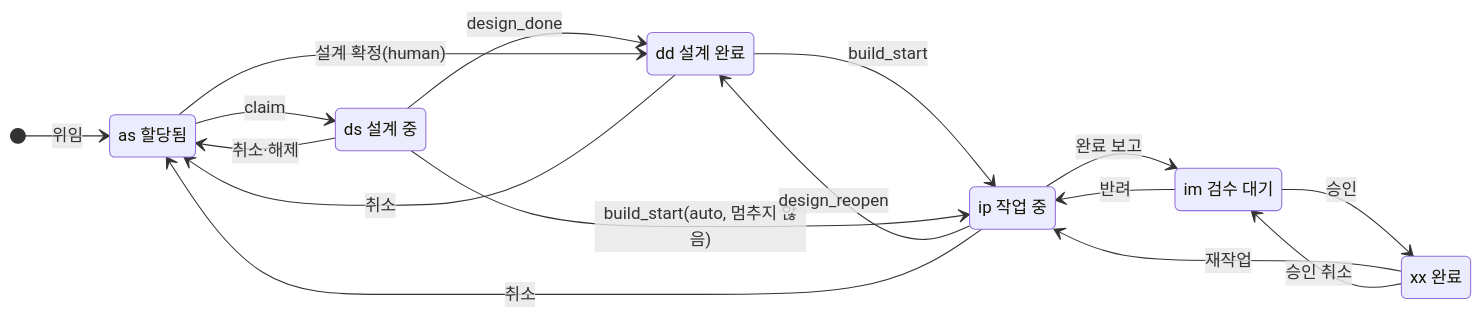
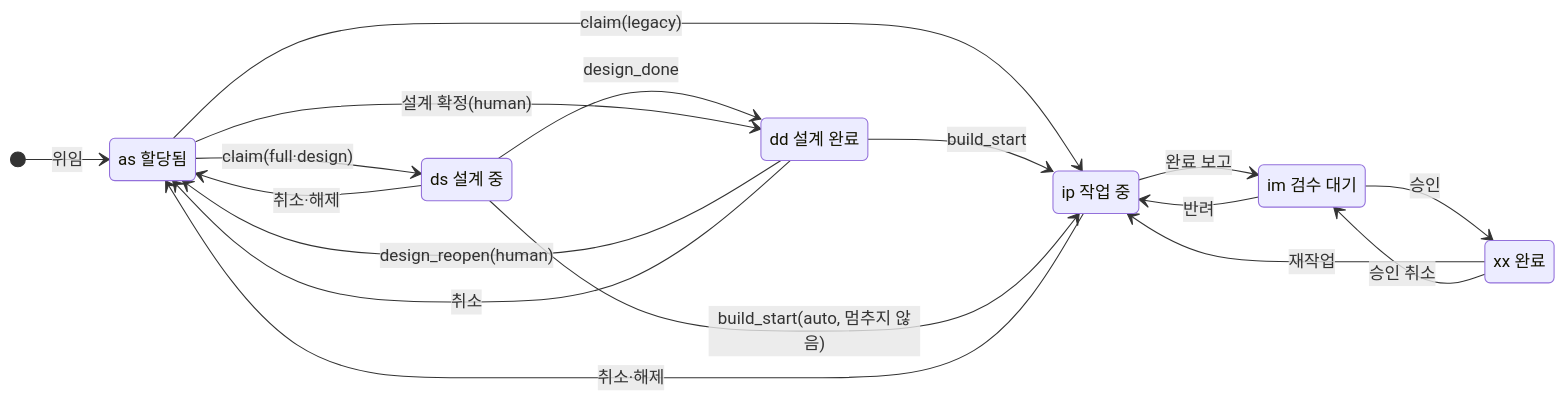
Before and after one commit to donseok/wbs-web: the second of 3 diagrams in docs/superpowers/specs/2026-09-26-design-state-dev-auto-design.md, drawn with Mermaid. The commit also changed other lines of this file, not shown here.

Commit message:
docs: 설계 상태·개발자동 설계 2판 — 2차 시뮬레이션 24건 반영(claim_scope, 해제 거부, 판단표 재배치, 재작업 범위 외)

````diff
--- a/docs/superpowers/specs/2026-09-26-design-state-dev-auto-design.md
+++ b/docs/superpowers/specs/2026-09-26-design-state-dev-auto-design.md
@@ -118,25 +129,26 @@
 ```mermaid
 stateDiagram-v2
     direction LR
     as: as 할당됨
     ds: ds 설계 중
     dd: dd 설계 완료
     ip: ip 작업 중
     im: im 검수 대기
     xx: xx 완료
     [*] --> as: 위임
-    as --> ds: claim
+    as --> ds: claim(full·design)
+    as --> ip: claim(legacy)
     ds --> dd: design_done
     as --> dd: 설계 확정(human)
+    dd --> as: design_reopen(human)
     dd --> ip: build_start
     ds --> ip: build_start(auto, 멈추지 않음)
-    ip --> dd: design_reopen
     ip --> im: 완료 보고
     im --> xx: 승인
     im --> ip: 반려
     xx --> ip: 재작업
     xx --> im: 승인 취소
     ds --> as: 취소·해제
     dd --> as: 취소
-    ip --> as: 취소
+    ip --> as: 취소·해제
 ```
````
